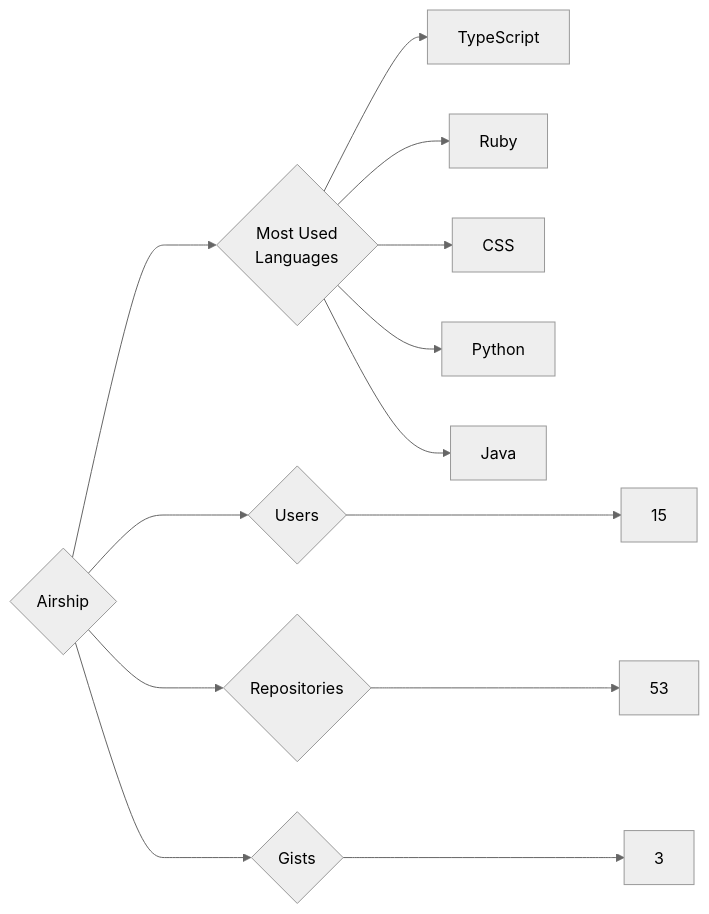
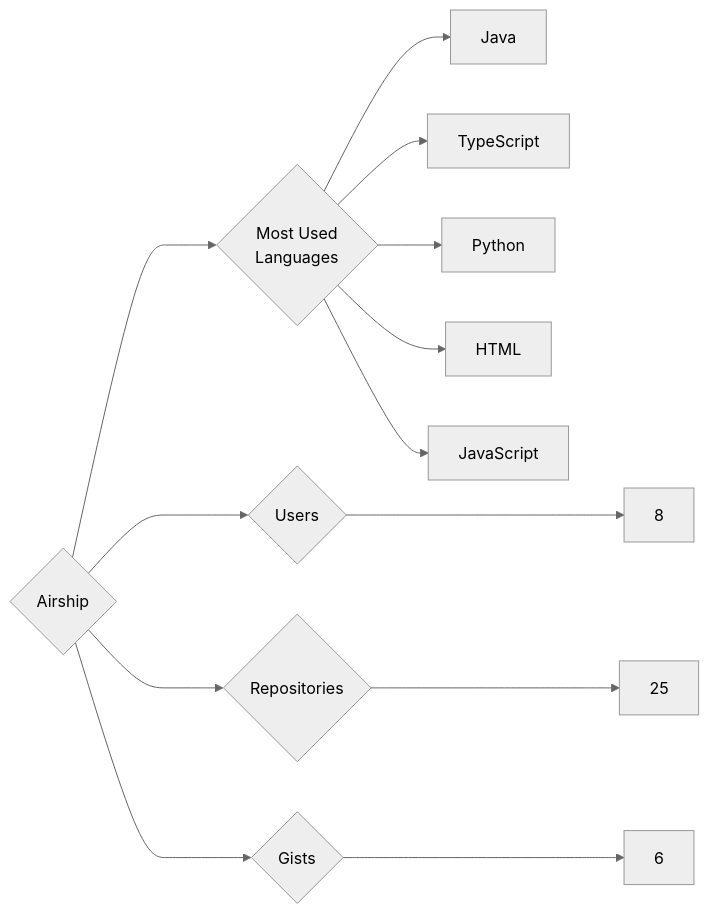
One commit to trickest/insiders changed the diagram in targets/Airship/README.md. Above: the diagram before and after it, drawn with Mermaid (neutral theme). The commit also changed 715 other files, not shown here.

````diff
--- a/targets/Airship/README.md
+++ b/targets/Airship/README.md
@@ -3,13 +3,13 @@
 ```mermaid
 graph LR
 COMPANY_NAME{Airship}
-COMPANY_NAME ---> U{Users} ---> UN[15]
-COMPANY_NAME ---> R{Repositories} ---> RN[53]
-COMPANY_NAME ---> G{Gists} ---> GN[3]
+COMPANY_NAME ---> U{Users} ---> UN[8]
+COMPANY_NAME ---> R{Repositories} ---> RN[25]
+COMPANY_NAME ---> G{Gists} ---> GN[6]
 COMPANY_NAME ---> ML{Most Used<br>Languages}
+ML --> Java[Java]
 ML --> TypeScript[TypeScript]
-ML --> Ruby[Ruby]
-ML --> CSS[CSS]
 ML --> Python[Python]
-ML --> Java[Java]
+ML --> HTML[HTML]
+ML --> JavaScript[JavaScript]
 ```
````
